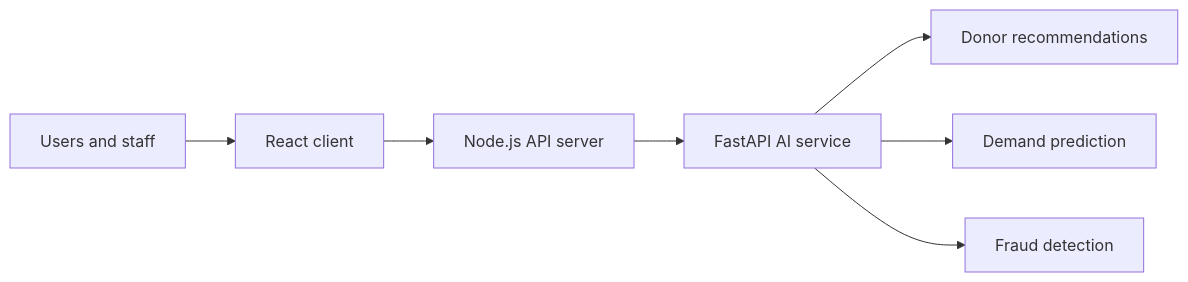
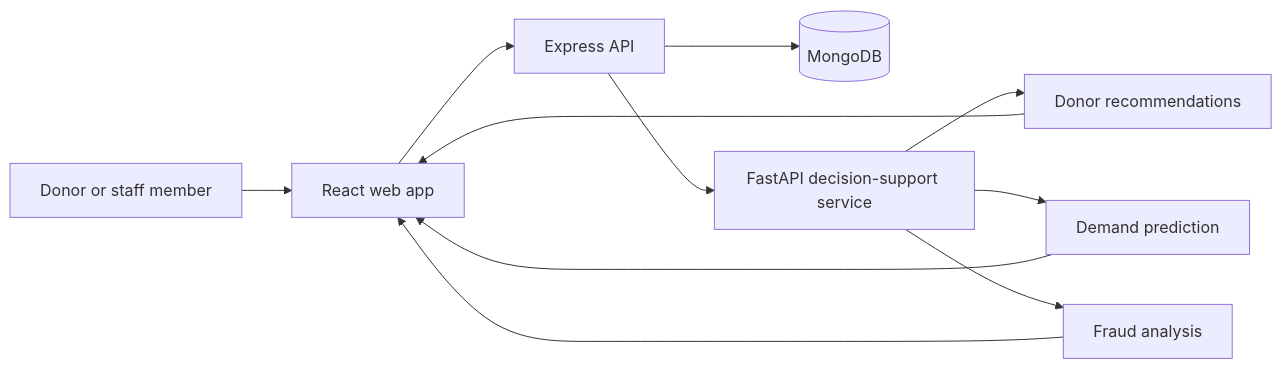
The diagram in README.md (Alex-7605/Blood_Donation_System), drawn with Mermaid before and after one commit. The commit also changed other lines of this file, not shown here.

````diff
--- a/README.md
+++ b/README.md
@@ -18,9 +23,13 @@
 ```mermaid
 flowchart LR
-    U[Users and staff] --> C[React client]
-    C --> S[Node.js API server]
-    S --> A[FastAPI AI service]
+    U[Donor or staff member] --> W[React web app]
+    W --> E[Express API]
+    E --> M[(MongoDB)]
+    E --> A[FastAPI decision-support service]
     A --> R[Donor recommendations]
     A --> D[Demand prediction]
-    A --> F[Fraud detection]
+    A --> F[Fraud analysis]
+    R --> W
+    D --> W
+    F --> W
 ```
````
